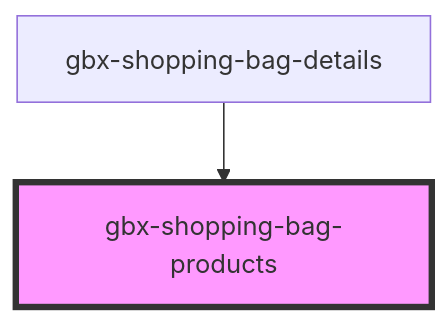
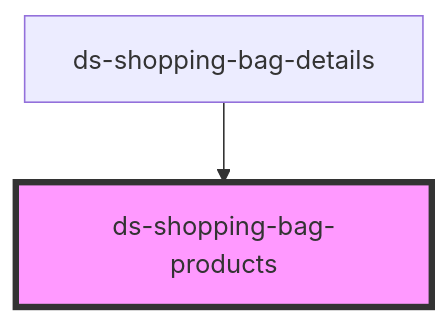
One commit to jezoock/dot-stash changed the diagram in components/advanced/shopping-bag/shopping-bag-products/readme.md. Above: the diagram before and after it, drawn with Mermaid. The commit also changed other lines of this file and 198 other files, not shown here.

````diff
--- a/components/advanced/shopping-bag/shopping-bag-products/readme.md
+++ b/components/advanced/shopping-bag/shopping-bag-products/readme.md
@@ -26,5 +26,5 @@
 ```mermaid
 graph TD;
-  gbx-shopping-bag-details --> gbx-shopping-bag-products
-  style gbx-shopping-bag-products fill:#f9f,stroke:#333,stroke-width:4px
+  ds-shopping-bag-details --> ds-shopping-bag-products
+  style ds-shopping-bag-products fill:#f9f,stroke:#333,stroke-width:4px
 ```
````
